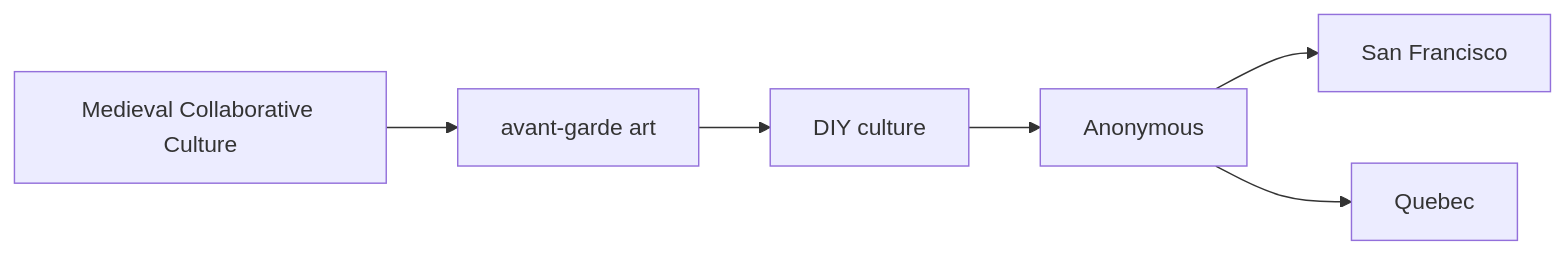
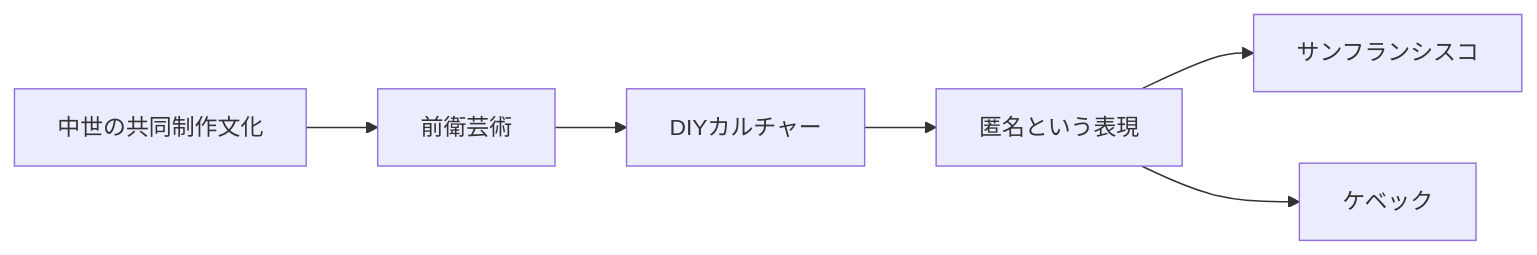
The first of 9 diagrams in en/_posts/2026-07-07-column-angine-de-poitrine-caroliner-rubber-o-cement.md (monumental-movement/monumental-movement.github.io), drawn with Mermaid before and after one commit. The commit also changed other lines of this file and 2196 other files, not shown here.

```diff
--- a/en/_posts/2026-07-07-column-angine-de-poitrine-caroliner-rubber-o-cement.md
+++ b/en/_posts/2026-07-07-column-angine-de-poitrine-caroliner-rubber-o-cement.md
@@ -145,17 +144,17 @@
 <div class="mermaid">
 flowchart LR
 
-A["Medieval Collaborative Culture"]
-B["avant-garde art"]
-C["DIY culture"]
-D["Anonymous"]
-E["San Francisco"]
-F["Quebec"]
+A["中世の共同制作文化"]
+B["前衛芸術"]
+C["DIYカルチャー"]
+D["匿名という表現"]
+E["サンフランシスコ"]
+F["ケベック"]
 
 A --> B
 B --> C
 C --> D
 D --> E
 D --> F
 
 </div>
```
